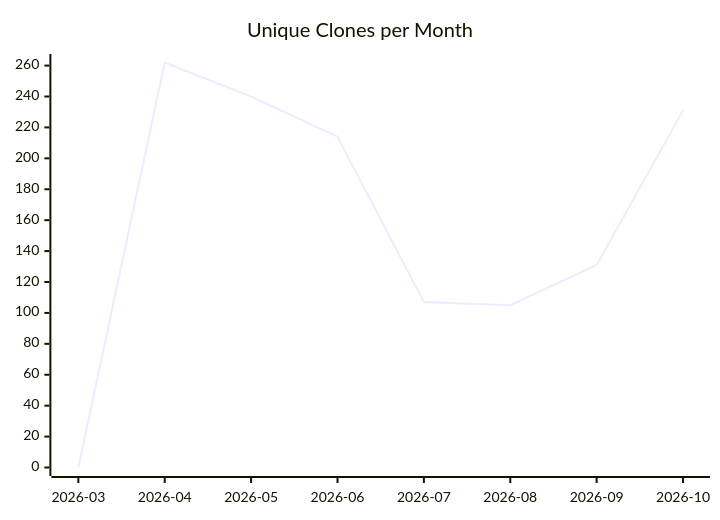
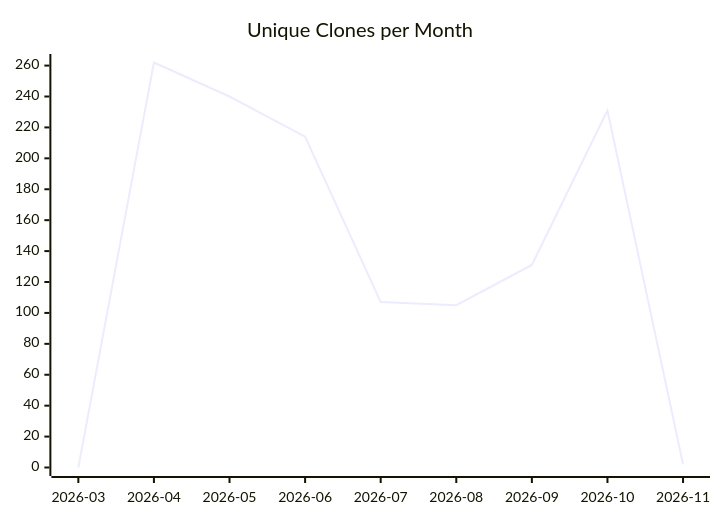
One commit to justdavis-family/github-analytics-data changed the third of 3 diagrams in justdavis-family/github-analytics-data/README.md. Above: the diagram before and after it, drawn with Mermaid. The commit also changed other lines of this file and 201 other files, not shown here.

````diff
--- a/justdavis-family/github-analytics-data/README.md
+++ b/justdavis-family/github-analytics-data/README.md
@@ -19,6 +19,6 @@
 ```mermaid
 xychart-beta
   title "Unique Clones per Month"
-  x-axis ["2026-03", "2026-04", "2026-05", "2026-06", "2026-07", "2026-08", "2026-09", "2026-10"]
-  line [0, 262, 240, 214, 107, 105, 131, 231]
+  x-axis ["2026-03", "2026-04", "2026-05", "2026-06", "2026-07", "2026-08", "2026-09", "2026-10", "2026-11"]
+  line [0, 262, 240, 214, 107, 105, 131, 231, 2]
 ```
````
